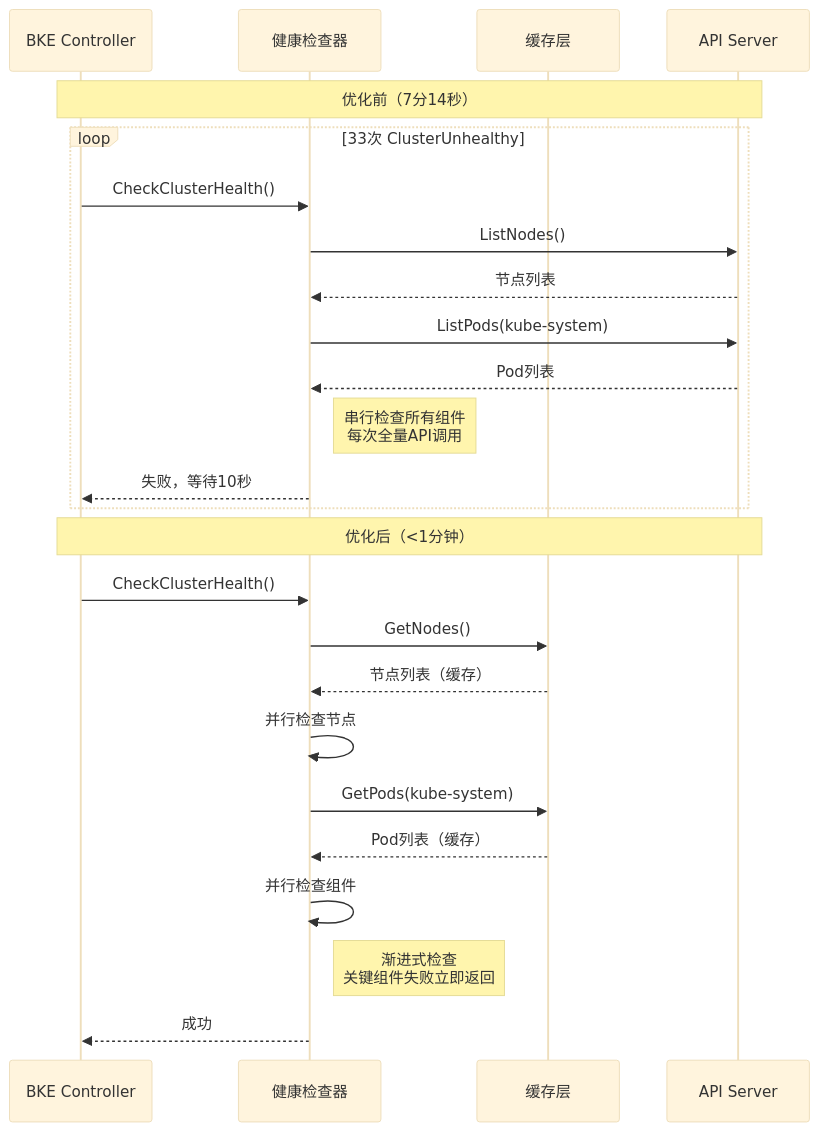
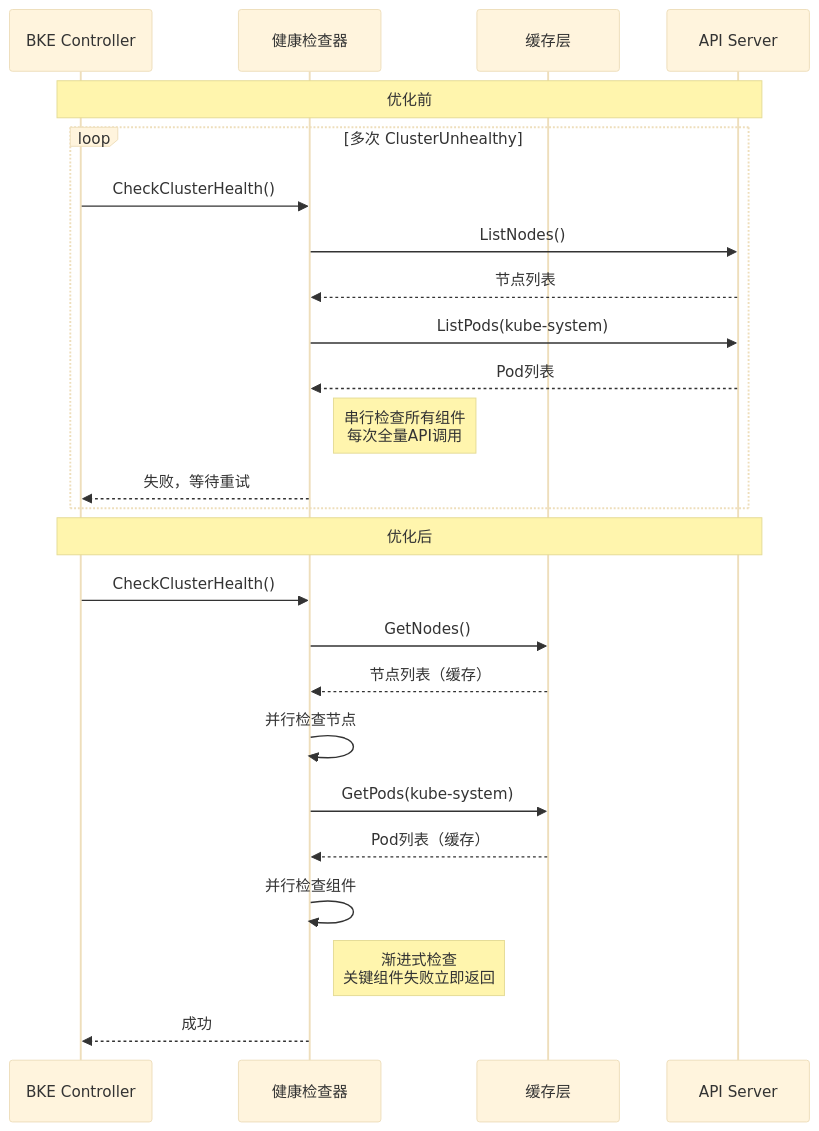
One commit to javadoors/cluster-api-provider-bke changed the second of 9 diagrams in code/performance/report/health-check-convergence.md. Above: the diagram before and after it, drawn with Mermaid (base theme). The commit also changed other lines of this file, not shown here.

Commit message:
docs: 模糊化优化前后对比时序图中的具体数值

````diff
--- a/code/performance/report/health-check-convergence.md
+++ b/code/performance/report/health-check-convergence.md
@@ -1076,29 +1076,29 @@
 ```mermaid
 sequenceDiagram
     participant Controller as BKE Controller
     participant Checker as 健康检查器
     participant Cache as 缓存层
     participant API as API Server
     
-    Note over Controller,API: 优化前（7分14秒）
-    loop 33次 ClusterUnhealthy
+    Note over Controller,API: 优化前
+    loop 多次 ClusterUnhealthy
         Controller->>Checker: CheckClusterHealth()
         Checker->>API: ListNodes()
         API-->>Checker: 节点列表
         Checker->>API: ListPods(kube-system)
         API-->>Checker: Pod列表
         Note right of Checker: 串行检查所有组件<br/>每次全量API调用
-        Checker-->>Controller: 失败，等待10秒
+        Checker-->>Controller: 失败，等待重试
     end
     
-    Note over Controller,API: 优化后（<1分钟）
+    Note over Controller,API: 优化后
     Controller->>Checker: CheckClusterHealth()
     Checker->>Cache: GetNodes()
     Cache-->>Checker: 节点列表（缓存）
     Checker->>Checker: 并行检查节点
     Checker->>Cache: GetPods(kube-system)
     Cache-->>Checker: Pod列表（缓存）
     Checker->>Checker: 并行检查组件
     Note right of Checker: 渐进式检查<br/>关键组件失败立即返回
     Checker-->>Controller: 成功
 ```
````
